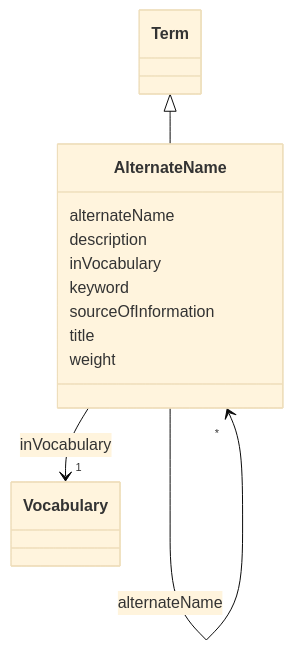
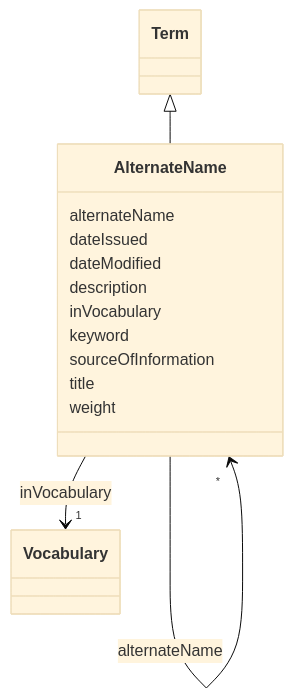
One commit to EVORA-project/evora-ontology changed the diagram in models/docs/AlternateName.md. Above: the diagram before and after it, drawn with Mermaid (base theme). The commit also changed other lines of this file and 377 other files, not shown here.

````diff
--- a/models/docs/AlternateName.md
+++ b/models/docs/AlternateName.md
@@ -19,37 +19,41 @@
 ```mermaid
  classDiagram
     class AlternateName
     click AlternateName href "../AlternateName"
       Term <|-- AlternateName
         click Term href "../Term"
       
       AlternateName : alternateName
         
           
     
     
     AlternateName --> "*" AlternateName : alternateName
     click AlternateName href "../AlternateName"
 
+        
+      AlternateName : dateIssued
+        
+      AlternateName : dateModified
         
       AlternateName : description
         
       AlternateName : inVocabulary
         
           
     
     
     AlternateName --> "1" Vocabulary : inVocabulary
     click Vocabulary href "../Vocabulary"
 
         
       AlternateName : keyword
         
       AlternateName : sourceOfInformation
         
       AlternateName : title
         
       AlternateName : weight
         
       
 ```
````
